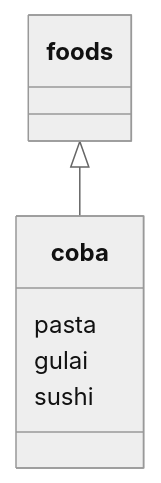
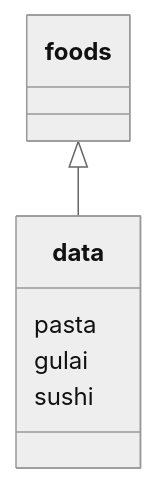
The fourth of 4 diagrams in Python/python2.md (sampah92/wikiku), drawn with Mermaid (neutral theme) before and after one commit. The commit also changed other lines of this file, not shown here.

Commit message:
docs: update Python/python2

````diff
--- a/Python/python2.md
+++ b/Python/python2.md
@@ -35,9 +35,9 @@
 ```mermaid
  classDiagram
-foods <|-- coba
-class coba{
+foods <|-- data
+class data{
     pasta
     gulai
     sushi
 }
 ```
````
